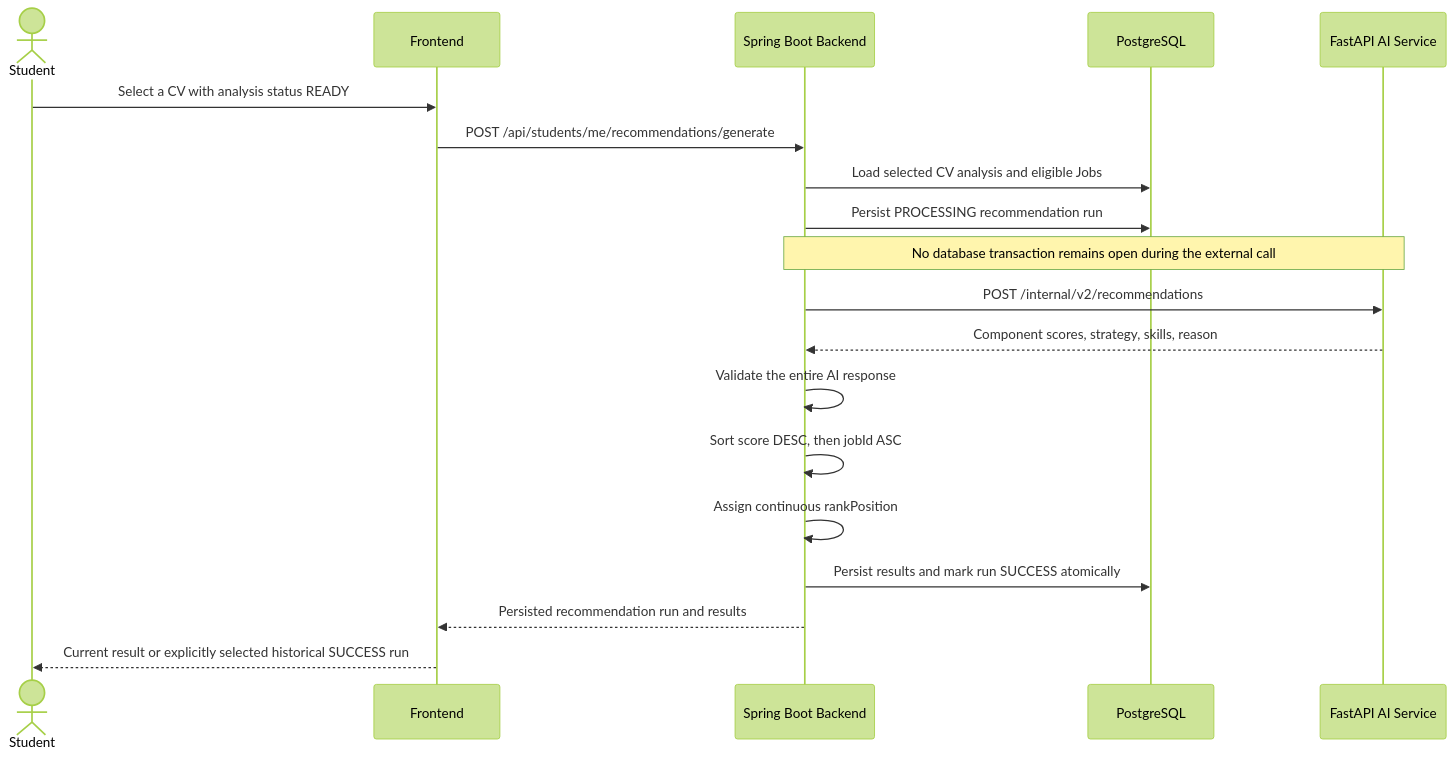
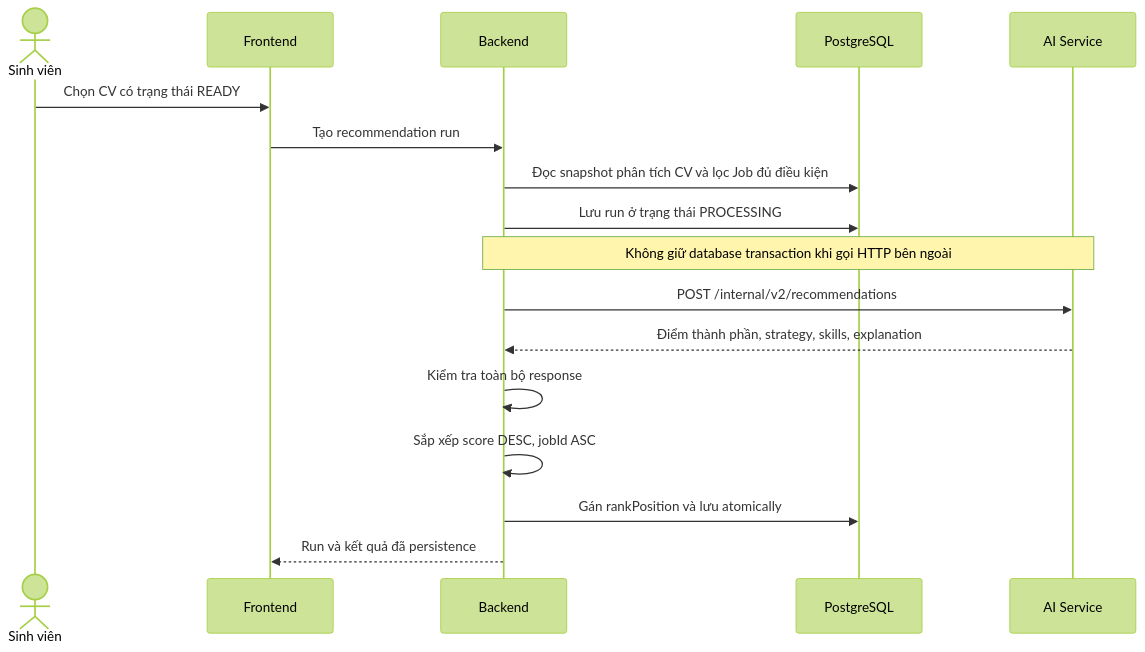
One commit to binkadev/student-job-recommendation-system changed the second of 2 diagrams in README.md. Above: the diagram before and after it, drawn with Mermaid (forest theme). The commit also changed other lines of this file, not shown here.

Commit message:
docs: viết lại README hoàn toàn bằng tiếng Việt

````diff
--- a/README.md
+++ b/README.md
@@ -145,22 +151,20 @@
 ```mermaid
 sequenceDiagram
-    actor Student
-    participant Frontend
-    participant Backend as Spring Boot Backend
-    participant Database as PostgreSQL
-    participant AI as FastAPI AI Service
+    actor S as Sinh viên
+    participant F as Frontend
+    participant B as Backend
+    participant D as PostgreSQL
+    participant A as AI Service
 
-    Student->>Frontend: Select a CV with analysis status READY
-    Frontend->>Backend: POST /api/students/me/recommendations/generate
-    Backend->>Database: Load selected CV analysis and eligible Jobs
-    Backend->>Database: Persist PROCESSING recommendation run
-    Note over Backend,AI: No database transaction remains open during the external call
-    Backend->>AI: POST /internal/v2/recommendations
-    AI-->>Backend: Component scores, strategy, skills, reason
-    Backend->>Backend: Validate the entire AI response
-    Backend->>Backend: Sort score DESC, then jobId ASC
-    Backend->>Backend: Assign continuous rankPosition
-    Backend->>Database: Persist results and mark run SUCCESS atomically
-    Backend-->>Frontend: Persisted recommendation run and results
-    Frontend-->>Student: Current result or explicitly selected historical SUCCESS run
+    S->>F: Chọn CV có trạng thái READY
+    F->>B: Tạo recommendation run
+    B->>D: Đọc snapshot phân tích CV và lọc Job đủ điều kiện
+    B->>D: Lưu run ở trạng thái PROCESSING
+    Note over B,A: Không giữ database transaction khi gọi HTTP bên ngoài
+    B->>A: POST /internal/v2/recommendations
+    A-->>B: Điểm thành phần, strategy, skills, explanation
+    B->>B: Kiểm tra toàn bộ response
+    B->>B: Sắp xếp score DESC, jobId ASC
+    B->>D: Gán rankPosition và lưu atomically
+    B-->>F: Run và kết quả đã persistence
 ```
````
